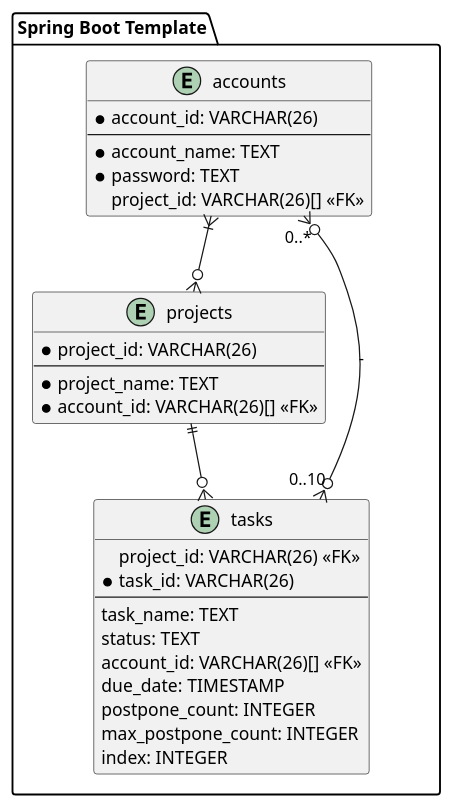
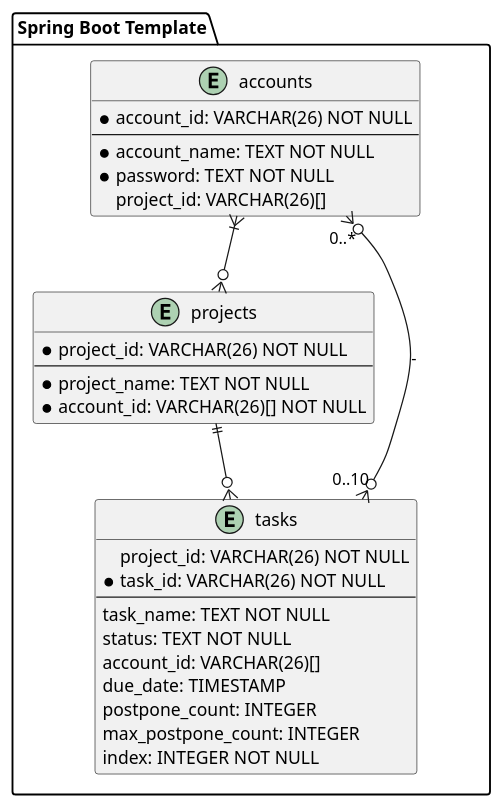
One commit to ORIKAMIxNEP/playground changed the diagram in uml/entity-relationship.puml. Above: the diagram before and after it, drawn with PlantUML.

```diff
--- a/uml/entity-relationship.puml
+++ b/uml/entity-relationship.puml
@@ -1,35 +1,35 @@
 @startuml
 package "Spring Boot Template" {
   entity accounts {
-    * account_id: VARCHAR(26)
+    * account_id: VARCHAR(26) NOT NULL
     --
-    * account_name: TEXT
-    * password: TEXT
-    project_id: VARCHAR(26)[] <<FK>>
+    * account_name: TEXT NOT NULL
+    * password: TEXT NOT NULL
+    project_id: VARCHAR(26)[]
   }
 
   entity projects {
-    * project_id: VARCHAR(26)
+    * project_id: VARCHAR(26) NOT NULL
     --
-    * project_name: TEXT
-    * account_id: VARCHAR(26)[] <<FK>>
+    * project_name: TEXT NOT NULL
+    * account_id: VARCHAR(26)[] NOT NULL
   }
 
   entity tasks {
-    project_id: VARCHAR(26) <<FK>>
-    * task_id: VARCHAR(26)
+    project_id: VARCHAR(26) NOT NULL
+    * task_id: VARCHAR(26) NOT NULL
     --
-    task_name: TEXT
-    status: TEXT
-    account_id: VARCHAR(26)[] <<FK>>
+    task_name: TEXT NOT NULL
+    status: TEXT NOT NULL
+    account_id: VARCHAR(26)[]
     due_date: TIMESTAMP
     postpone_count: INTEGER
     max_postpone_count: INTEGER
-    index: INTEGER
+    index: INTEGER NOT NULL
   }
 }
 
 accounts }|--o{ projects
 projects ||--o{ tasks
 tasks }o--o{ accounts: "0..10" - "0..*"
 @enduml
```
